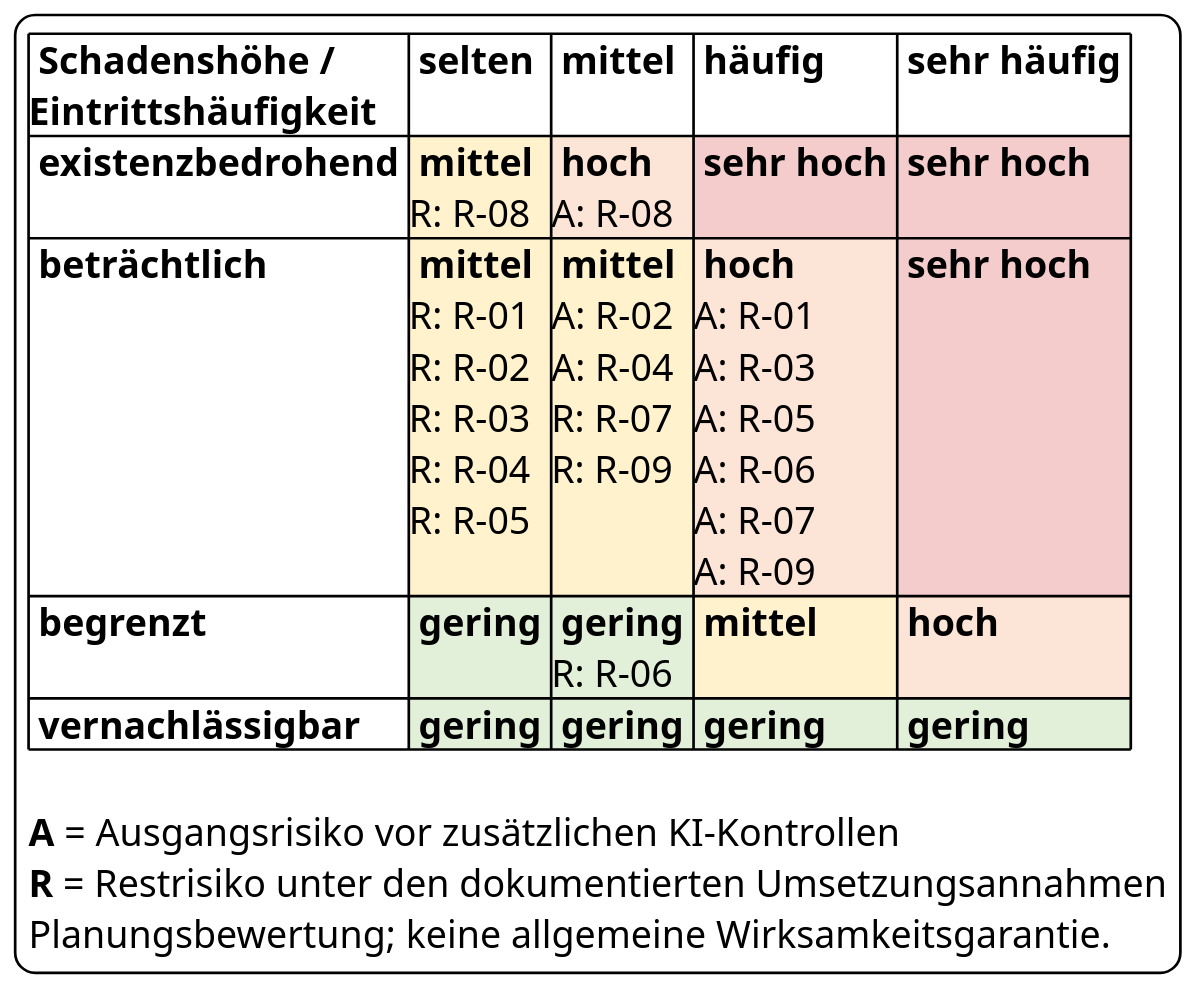
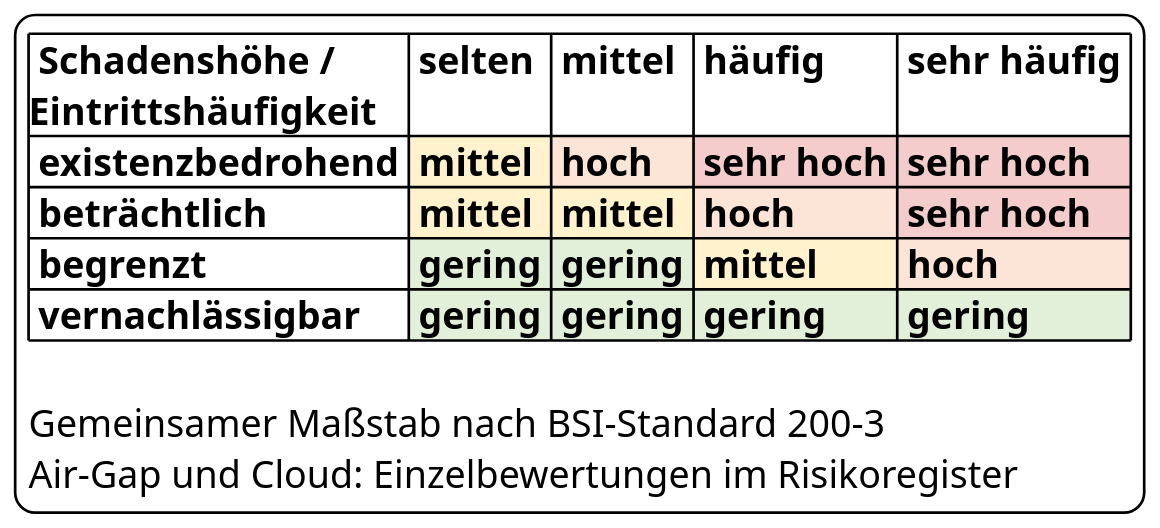
One commit to adrianweidig/allgemeines-ki-it-sicherheitskonzept changed the diagram in diagramme/risikomatrix.puml. Above: the diagram before and after it, drawn with PlantUML. The commit also changed 49 other files, not shown here.

Commit message:
Referenz 0.3.0 mit Air-Gap- und Cloud-Szenarien erstellen

```diff
--- a/diagramme/risikomatrix.puml
+++ b/diagramme/risikomatrix.puml
@@ -1,18 +1,17 @@
 @startuml
 skinparam dpi 180
 skinparam backgroundColor #FFFFFF
 skinparam shadowing false
 skinparam defaultFontName Arial
 skinparam defaultFontSize 12
 legend center
   |= Schadenshöhe /\nEintrittshäufigkeit |= selten |= mittel |= häufig |= sehr häufig |
-  | **existenzbedrohend** | <#FFF2CC> **mittel**\nR: R-08 | <#FCE4D6> **hoch**\nA: R-08 | <#F4CCCC> **sehr hoch** | <#F4CCCC> **sehr hoch** |
-  | **beträchtlich** | <#FFF2CC> **mittel**\nR: R-01\nR: R-02\nR: R-03\nR: R-04\nR: R-05 | <#FFF2CC> **mittel**\nA: R-02\nA: R-04\nR: R-07\nR: R-09 | <#FCE4D6> **hoch**\nA: R-01\nA: R-03\nA: R-05\nA: R-06\nA: R-07\nA: R-09 | <#F4CCCC> **sehr hoch** |
-  | **begrenzt** | <#E2F0D9> **gering** | <#E2F0D9> **gering**\nR: R-06 | <#FFF2CC> **mittel** | <#FCE4D6> **hoch** |
+  | **existenzbedrohend** | <#FFF2CC> **mittel** | <#FCE4D6> **hoch** | <#F4CCCC> **sehr hoch** | <#F4CCCC> **sehr hoch** |
+  | **beträchtlich** | <#FFF2CC> **mittel** | <#FFF2CC> **mittel** | <#FCE4D6> **hoch** | <#F4CCCC> **sehr hoch** |
+  | **begrenzt** | <#E2F0D9> **gering** | <#E2F0D9> **gering** | <#FFF2CC> **mittel** | <#FCE4D6> **hoch** |
   | **vernachlässigbar** | <#E2F0D9> **gering** | <#E2F0D9> **gering** | <#E2F0D9> **gering** | <#E2F0D9> **gering** |
 
-  **A** = Ausgangsrisiko vor zusätzlichen KI-Kontrollen
-  **R** = Restrisiko unter den dokumentierten Umsetzungsannahmen
-  Planungsbewertung; keine allgemeine Wirksamkeitsgarantie.
+  Gemeinsamer Maßstab nach BSI-Standard 200-3
+  Air-Gap und Cloud: Einzelbewertungen im Risikoregister
 endlegend
 @enduml
```
